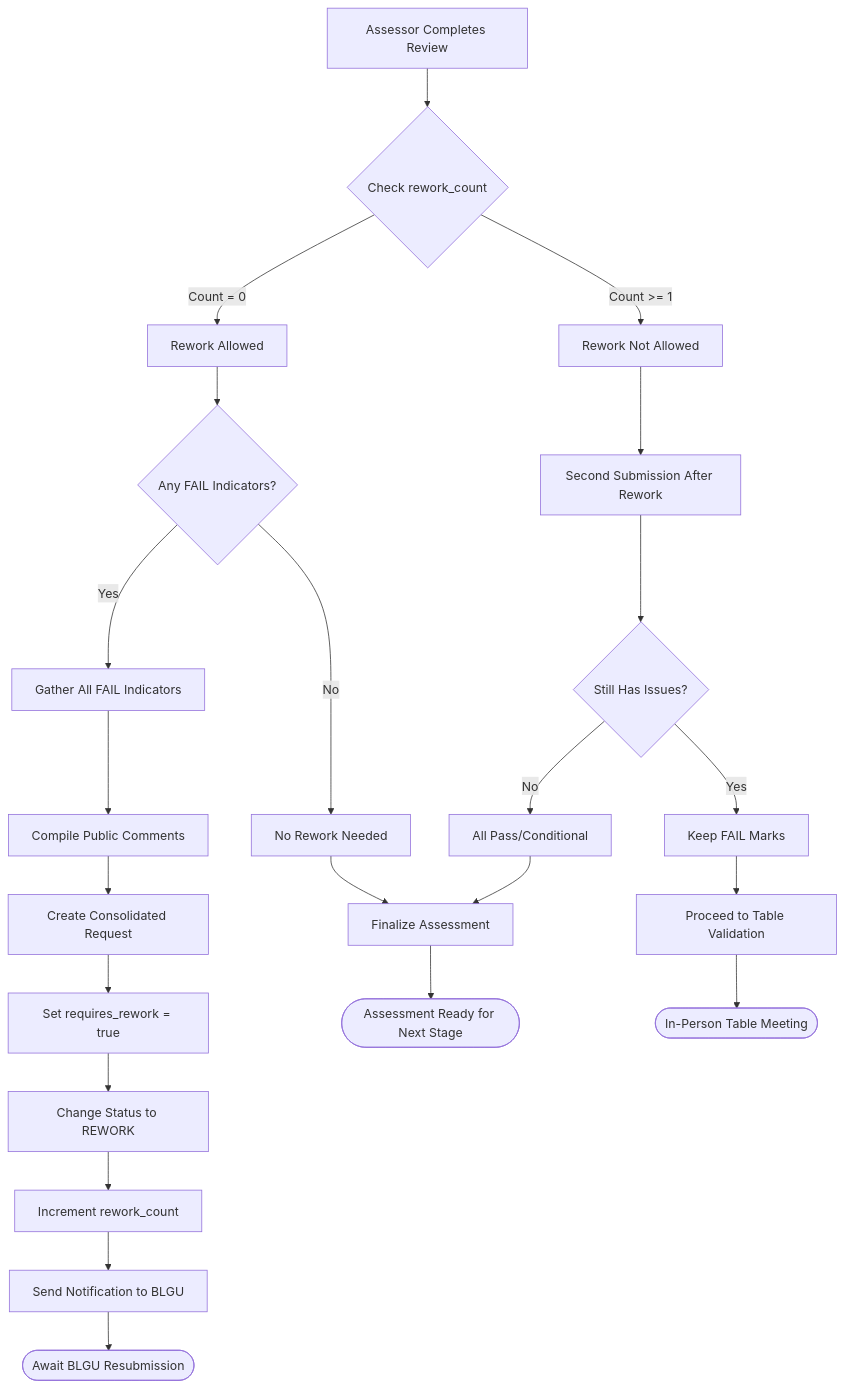
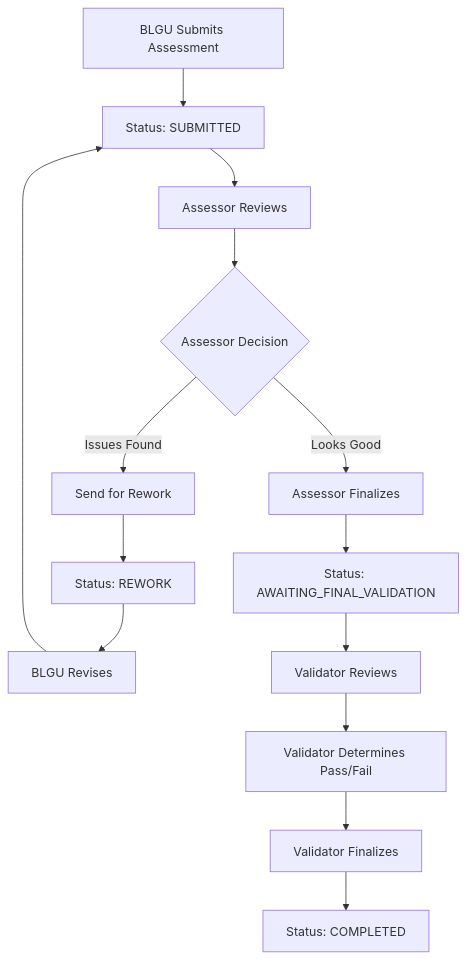
One commit to generyand/sinag changed the diagram in docs/workflows/assessor-validation.md. Above: the diagram before and after it, drawn with Mermaid. The commit also changed other lines of this file and 11 other files, not shown here.

````diff
--- a/docs/workflows/assessor-validation.md
+++ b/docs/workflows/assessor-validation.md
@@ -174,31 +38,16 @@
 ```mermaid
-flowchart TD
-    Start[Assessor Completes Review] --> CheckReworkCount{Check rework_count}
-
-    CheckReworkCount -->|Count = 0| AllowRework[Rework Allowed]
-    CheckReworkCount -->|Count >= 1| BlockRework[Rework Not Allowed]
-
-    AllowRework --> CheckIssues{Any FAIL Indicators?}
-    CheckIssues -->|No| NoRework[No Rework Needed]
-    CheckIssues -->|Yes| GatherFails[Gather All FAIL Indicators]
-
-    GatherFails --> CompileComments[Compile Public Comments]
-    CompileComments --> CreateRequest[Create Consolidated Request]
-    CreateRequest --> SetFlags[Set requires_rework = true]
-    SetFlags --> ChangeStatus[Change Status to REWORK]
-    ChangeStatus --> IncrementCount[Increment rework_count]
-    IncrementCount --> SendNotification[Send Notification to BLGU]
-
-    BlockRework --> SecondSubmission[Second Submission After Rework]
-    SecondSubmission --> StillHasIssues{Still Has Issues?}
-    StillHasIssues -->|Yes| KeepFailMarks[Keep FAIL Marks]
-    StillHasIssues -->|No| AllPass[All Pass/Conditional]
-
-    KeepFailMarks --> ProceedToTable[Proceed to Table Validation]
-    AllPass --> Finalize[Finalize Assessment]
-
-    NoRework --> Finalize
-    Finalize --> End([Assessment Ready for Next Stage])
-    SendNotification --> AwaitBLGU([Await BLGU Resubmission])
-    ProceedToTable --> TableMeeting([In-Person Table Meeting])
+graph TD
+    A[BLGU Submits Assessment] --> B[Status: SUBMITTED]
+    B --> C[Assessor Reviews]
+    C --> D{Assessor Decision}
+    D -->|Issues Found| E[Send for Rework]
+    E --> F[Status: REWORK]
+    F --> G[BLGU Revises]
+    G --> B
+    D -->|Looks Good| H[Assessor Finalizes]
+    H --> I[Status: AWAITING_FINAL_VALIDATION]
+    I --> J[Validator Reviews]
+    J --> K[Validator Determines Pass/Fail]
+    K --> L[Validator Finalizes]
+    L --> M[Status: COMPLETED]
 ```
````
